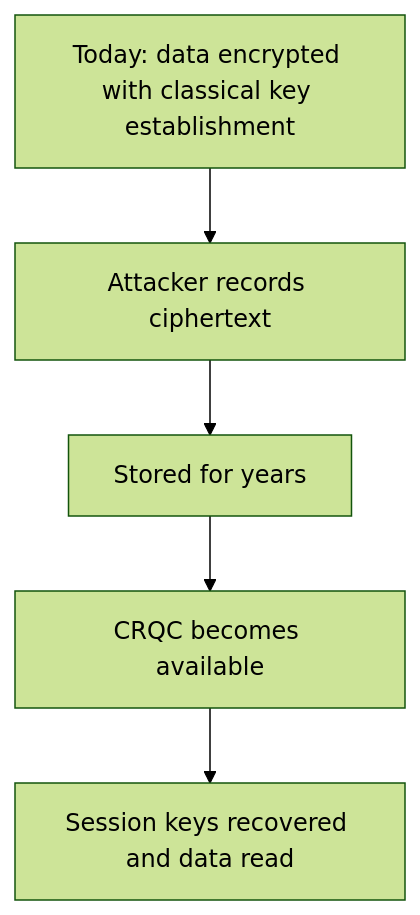
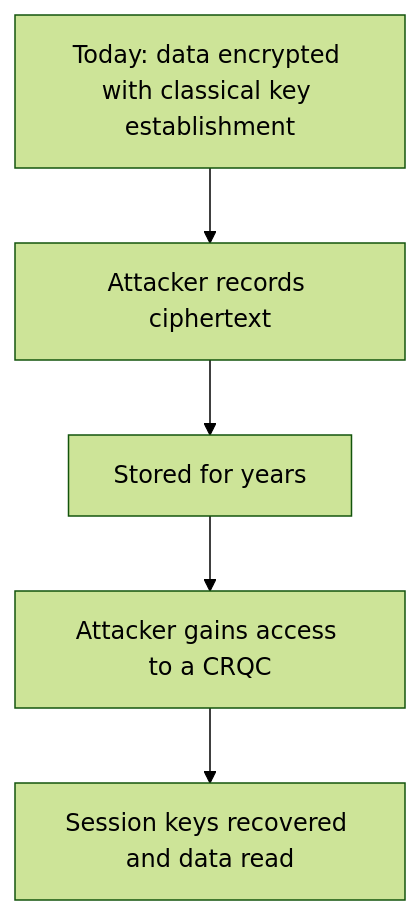
The diagram in docs/learn/quantum-threat.md (pqc-community/handbook), drawn with Mermaid (forest theme) before and after one commit. The commit also changed other lines of this file and 5 other files, not shown here.

First line of the commit message:
docs(learn): widen what decides timing; add supplier dates to the timeline pages

````diff
--- a/docs/learn/quantum-threat.md
+++ b/docs/learn/quantum-threat.md
@@ -33,7 +33,7 @@
 ```mermaid
 flowchart TD
     T1[Today: data encrypted with classical key establishment] --> R[Attacker records ciphertext]
     R --> W[Stored for years]
-    W --> Q[CRQC becomes available]
+    W --> Q[Attacker gains access to a CRQC]
     Q --> X[Session keys recovered and data read]
 ```
````
